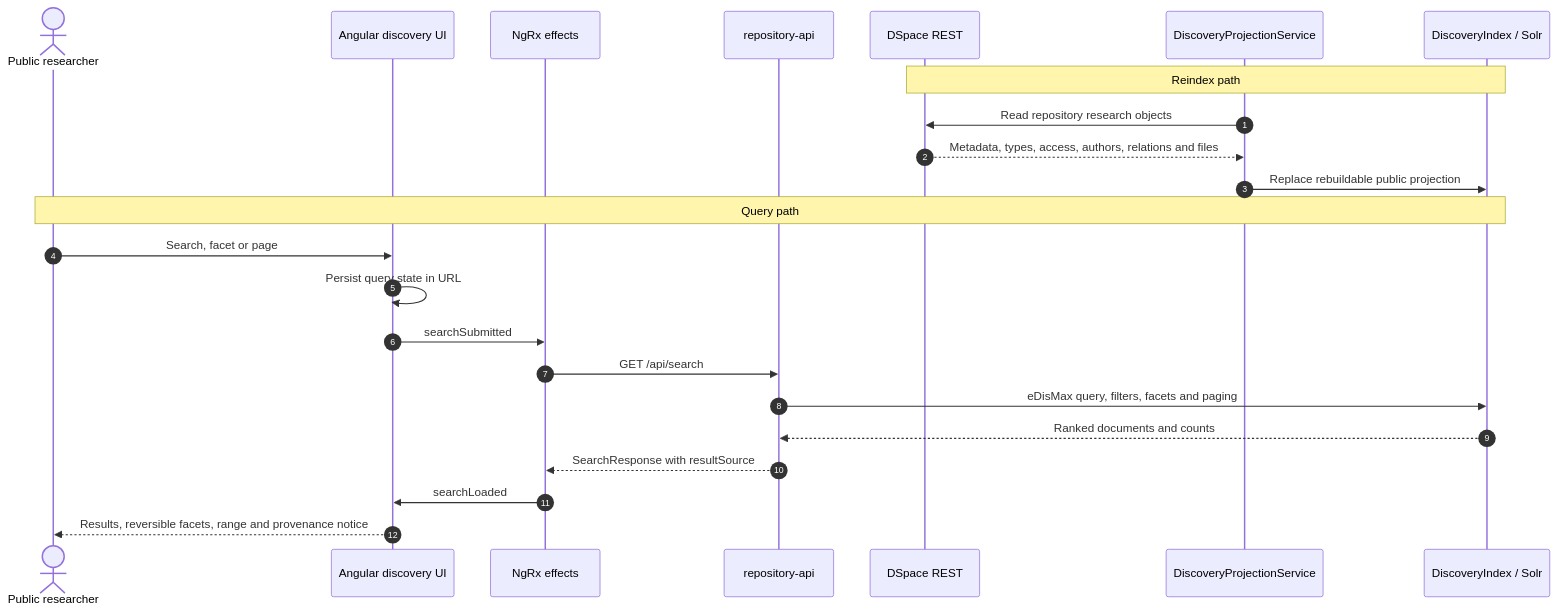
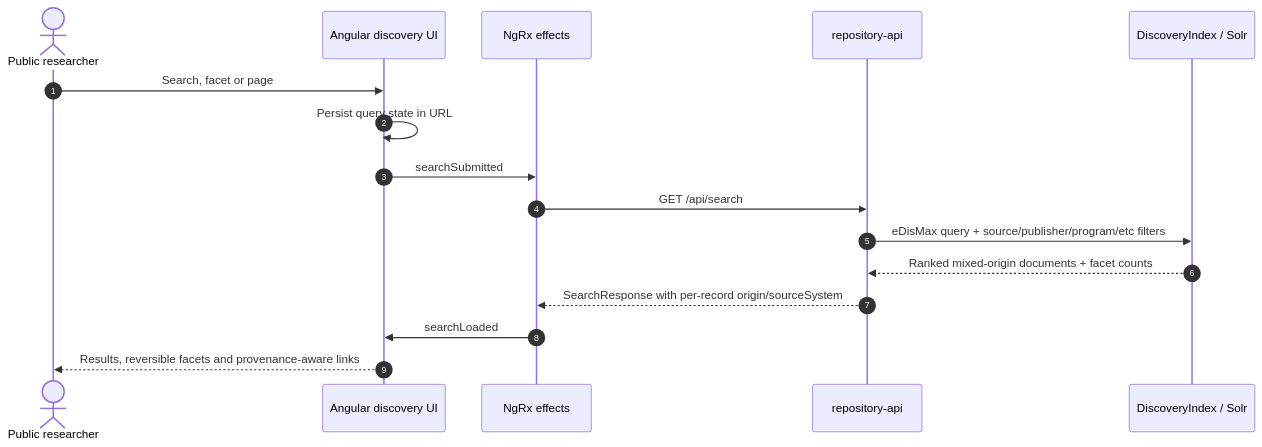
The sixth of 9 diagrams in documentation/architecture-diagrams.md (JeffreySanford/civics-research-repository), drawn with Mermaid before and after one commit. The commit also changed other lines of this file, not shown here.

Commit message:
docs: update architecture diagrams for federated discovery

````diff
--- a/documentation/architecture-diagrams.md
+++ b/documentation/architecture-diagrams.md
@@ -100,27 +168,19 @@
 ```mermaid
 sequenceDiagram
     autonumber
     actor researcher as Public researcher
     participant ui as Angular discovery UI
     participant effects as NgRx effects
     participant api as repository-api
-    participant dspace as DSpace REST
-    participant projection as DiscoveryProjectionService
-    participant index as DiscoveryIndex / Solr
+    participant solr as DiscoveryIndex / Solr
 
-    Note over dspace,index: Reindex path
-    projection->>dspace: Read repository research objects
-    dspace-->>projection: Metadata, types, access, authors, relations and files
-    projection->>index: Replace rebuildable public projection
-
-    Note over researcher,index: Query path
     researcher->>ui: Search, facet or page
     ui->>ui: Persist query state in URL
     ui->>effects: searchSubmitted
     effects->>api: GET /api/search
-    api->>index: eDisMax query, filters, facets and paging
-    index-->>api: Ranked documents and counts
-    api-->>effects: SearchResponse with resultSource
+    api->>solr: eDisMax query + source/publisher/program/etc filters
+    solr-->>api: Ranked mixed-origin documents + facet counts
+    api-->>effects: SearchResponse with per-record origin/sourceSystem
     effects->>ui: searchLoaded
-    ui-->>researcher: Results, reversible facets, range and provenance notice
+    ui-->>researcher: Results, reversible facets and provenance-aware links
 ```
````
